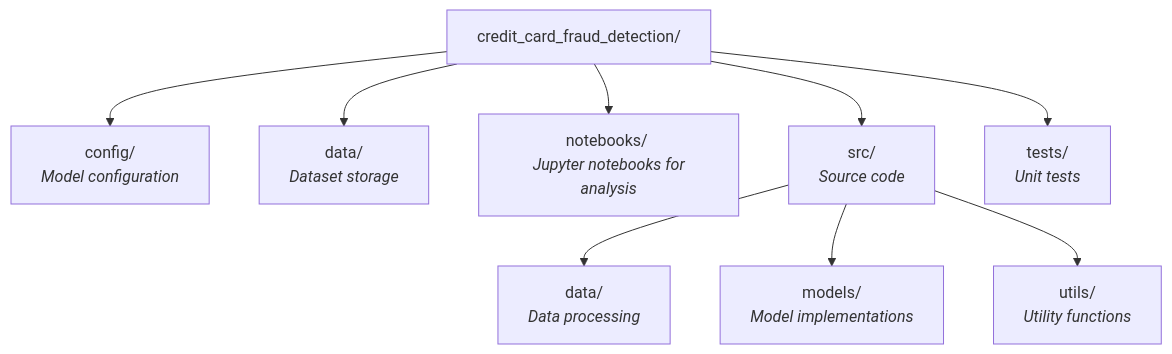
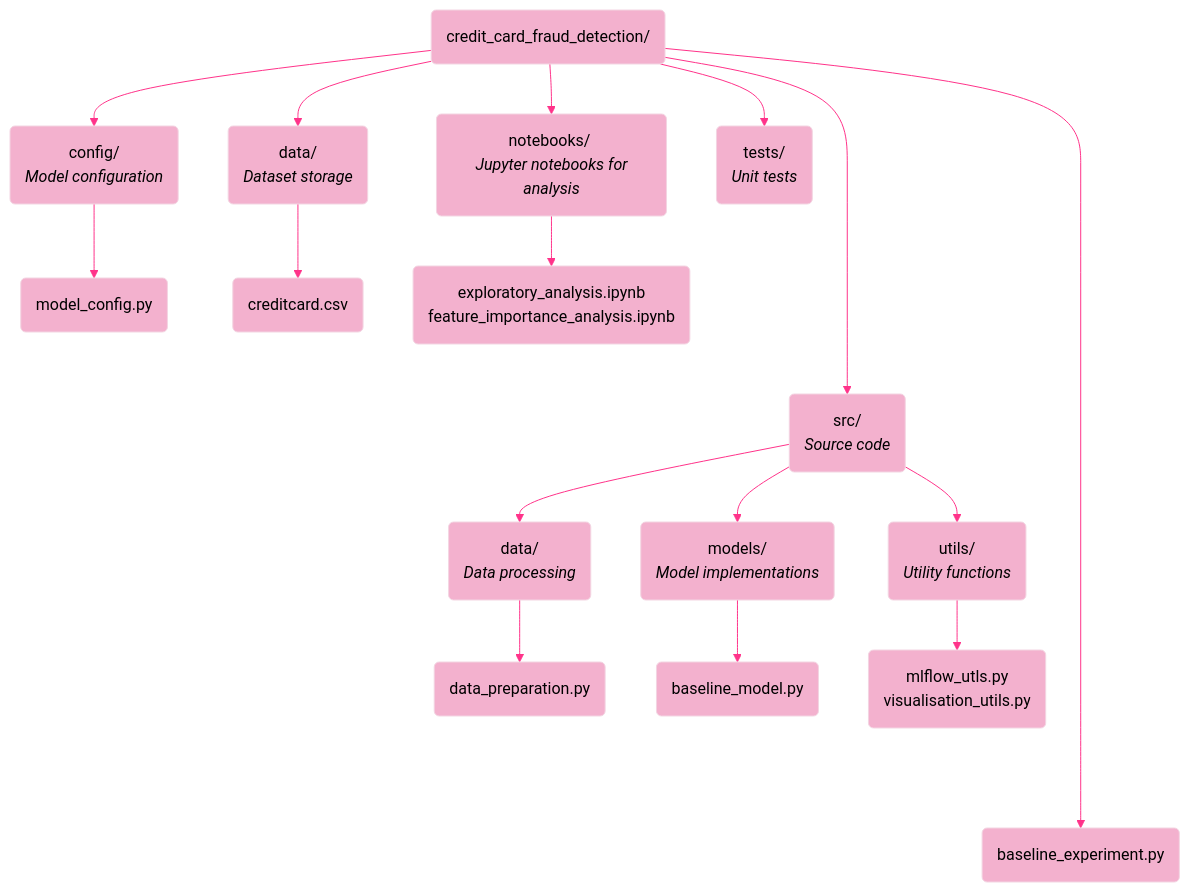
The diagram in documentation/documentation.md (lenevdm/credit_card_fraud_detection), drawn with Mermaid before and after one commit.

Commit message:
Project structure diagram expansion

````diff
--- a/documentation/documentation.md
+++ b/documentation/documentation.md
@@ -7,13 +7,35 @@
 ```mermaid
+%%{
+  init: {
+    'theme': 'base',
+    'themeVariables': {
+      'primaryColor': '#f3b1ce',
+      'primaryTextColor': '#000000',
+      'primaryBorderColor': '#f3d5e2',
+      'lineColor': '#ff338a',
+      'secondaryColor': '#006100',
+      'tertiaryColor': '#fff',
+      'fontFamily': 'Ariel, sans-serif"
+    }
+  }
+}%%
 graph TD
-    A[credit_card_fraud_detection/] 
-    A --> B[config/ <br> <i>Model configuration</i>]
-    A --> C[data/ <br> <i>Dataset storage</i>]
-    A --> D[notebooks/ <br> <i>Jupyter notebooks for analysis</i>]
-    A --> E[src/ <br> <i>Source code</i>]
-    E --> E1[data/ <br> <i>Data processing</i>]
-    E --> E2[models/ <br> <i>Model implementations</i>]
-    E --> E3[utils/ <br> <i>Utility functions</i>]
-    A --> F[tests/ <br> <i>Unit tests</i>]
+    A(credit_card_fraud_detection/) 
+    A --> B(config/ <br> <i>Model configuration</i>)
+    B --> J(model_config.py)
+    A --> C(data/ <br> <i>Dataset storage</i>)
+    C --> I(creditcard.csv)
+    A --> D(notebooks/ <br> <i>Jupyter notebooks for analysis</i>)
+    D --> H(exploratory_analysis.ipynb<br>feature_importance_analysis.ipynb)
+    A ----> E(src/ <br> <i>Source code</i>)
+    E --> E1(data/ <br> <i>Data processing</i>)
+    E --> E2(models/ <br> <i>Model implementations</i>)
+    E --> E3(utils/ <br> <i>Utility functions</i>)
+    A --> F(tests/ <br> <i>Unit tests</i>)
+    E1 --> G1(data_preparation.py)
+    E2 --> G2(baseline_model.py)
+    E3 --> G3(mlflow_utls.py <br> visualisation_utils.py)
+    A --------> K(baseline_experiment.py)
+
 
 ```
````
